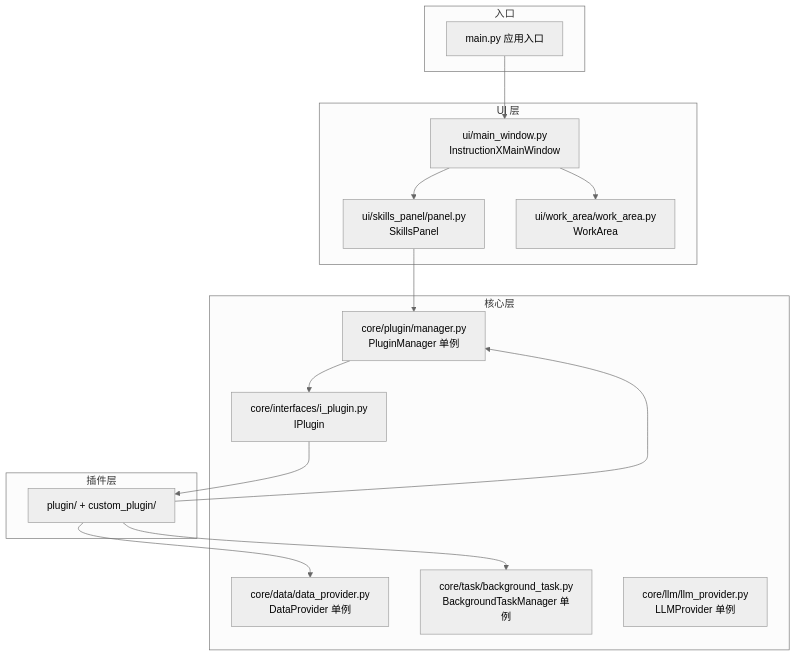
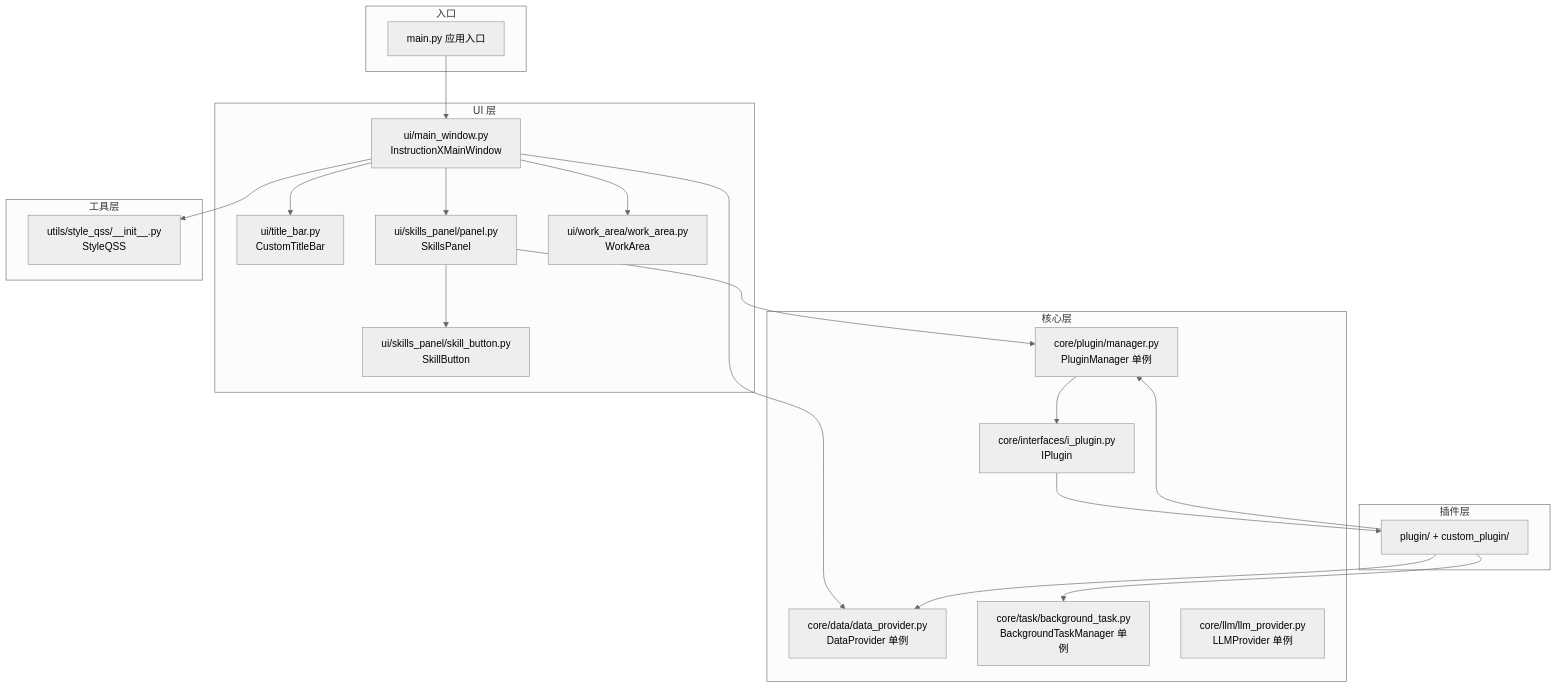
Before and after one commit to KKPIP-Tech/InstructionX: the first of 5 diagrams in docs/architecture/module-dependencies.md, drawn with Mermaid (neutral theme). The commit also changed other lines of this file and 28 other files, not shown here.

````diff
--- a/docs/architecture/module-dependencies.md
+++ b/docs/architecture/module-dependencies.md
@@ -9,34 +9,44 @@
 ```mermaid
 graph TB
     subgraph Entry["入口"]
         MAIN[main.py 应用入口]
     end
 
     subgraph UI["UI 层"]
         MW[ui/main_window.py<br/>InstructionXMainWindow]
+        TB[ui/title_bar.py<br/>CustomTitleBar]
+        SB[ui/skills_panel/skill_button.py<br/>SkillButton]
         SP[ui/skills_panel/panel.py<br/>SkillsPanel]
         WA[ui/work_area/work_area.py<br/>WorkArea]
     end
 
     subgraph Core["核心层"]
         PM[core/plugin/manager.py<br/>PluginManager 单例]
         DP[core/data/data_provider.py<br/>DataProvider 单例]
         BTM[core/task/background_task.py<br/>BackgroundTaskManager 单例]
         LLM[core/llm/llm_provider.py<br/>LLMProvider 单例]
         IPlugin[core/interfaces/i_plugin.py<br/>IPlugin]
     end
 
+    subgraph Utils["工具层"]
+        STYLE[utils/style_qss/__init__.py<br/>StyleQSS]
+    end
+
     subgraph Plugins["插件层"]
         PLUGIN[plugin/ + custom_plugin/]
     end
 
     MAIN --> MW
+    MW --> TB
     MW --> SP
     MW --> WA
+    SP --> SB
+    MW --> DP
+    MW --> STYLE
     SP --> PM
     PM --> IPlugin
     IPlugin --> PLUGIN
     PLUGIN --> PM
     PLUGIN --> DP
     PLUGIN --> BTM
 ```
````
